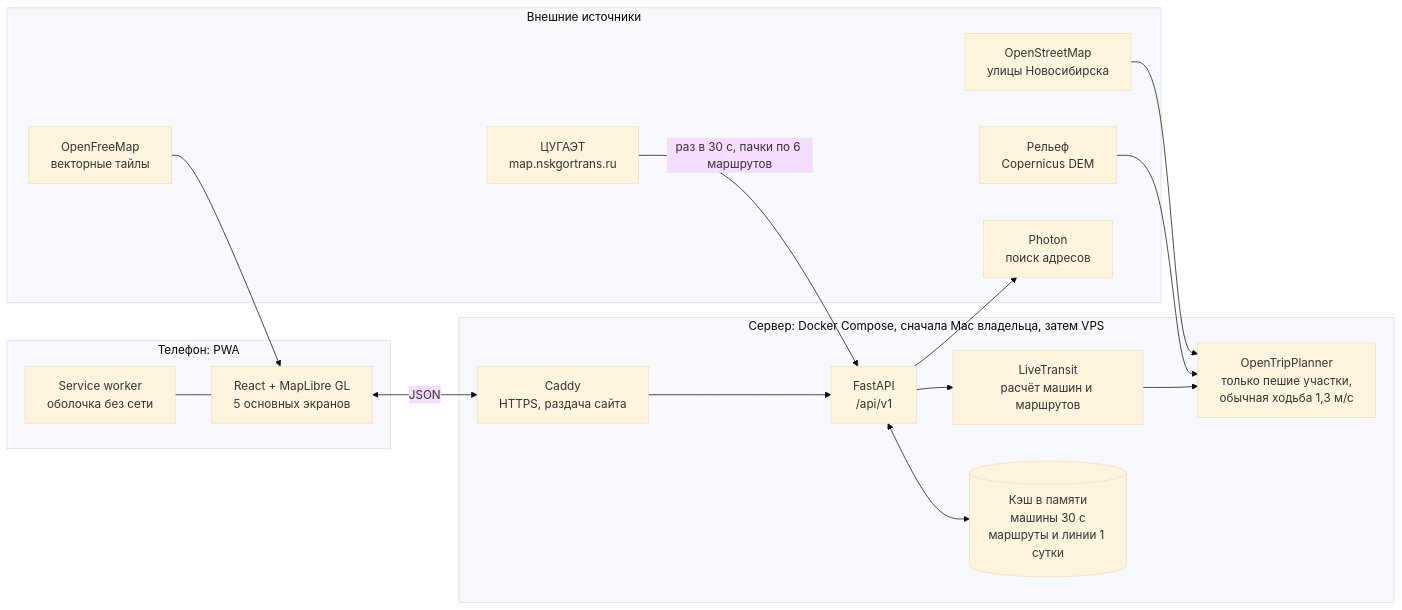
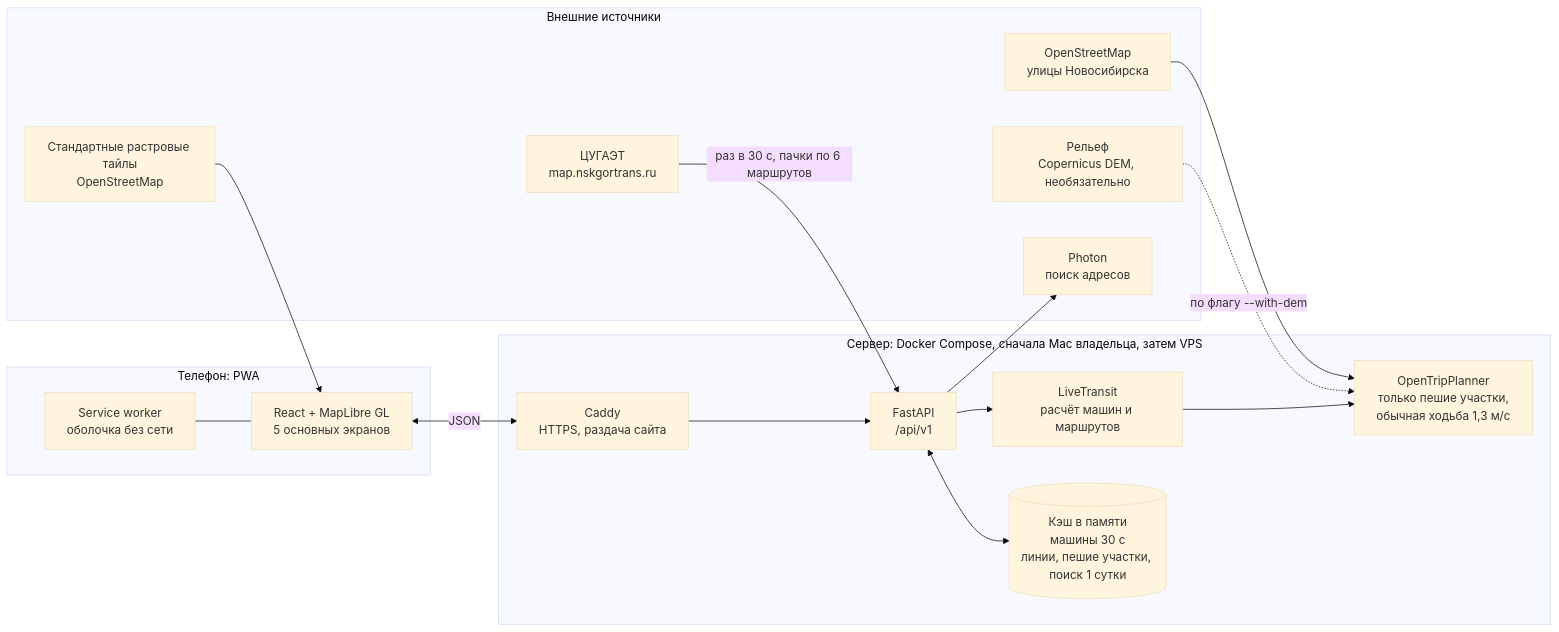
One commit to Hefl1X/GoPoint changed the diagram in docs/ARCHITECTURE.md. Above: the diagram before and after it, drawn with Mermaid (base theme). The commit also changed other lines of this file and 44 other files, not shown here.

First line of the commit message:
docs: сверить документацию с кодом и описать маршруты по расписанию в OTP

````diff
--- a/docs/ARCHITECTURE.md
+++ b/docs/ARCHITECTURE.md
@@ -30,35 +30,35 @@
 ```mermaid
 flowchart LR
   subgraph EXT[Внешние источники]
     TS[ЦУГАЭТ<br/>map.nskgortrans.ru]
     OSM[OpenStreetMap<br/>улицы Новосибирска]
-    DEM[Рельеф<br/>Copernicus DEM]
-    TILES[OpenFreeMap<br/>векторные тайлы]
+    DEM[Рельеф<br/>Copernicus DEM, необязательно]
+    TILES[Стандартные растровые тайлы<br/>OpenStreetMap]
     PH[Photon<br/>поиск адресов]
   end
 
   subgraph SRV[Сервер: Docker Compose, сначала Mac владельца, затем VPS]
     CADDY[Caddy<br/>HTTPS, раздача сайта]
     API[FastAPI<br/>/api/v1]
     LT[LiveTransit<br/>расчёт машин и маршрутов]
-    CACHE[(Кэш в памяти<br/>машины 30 с<br/>маршруты и линии 1 сутки)]
+    CACHE[(Кэш в памяти<br/>машины 30 с<br/>линии, пешие участки, поиск 1 сутки)]
     OTP[OpenTripPlanner<br/>только пешие участки,<br/>обычная ходьба 1,3 м/с]
   end
 
   subgraph WEB[Телефон: PWA]
     UI[React + MapLibre GL<br/>5 основных экранов]
     SW[Service worker<br/>оболочка без сети]
   end
 
   TS -->|раз в 30 с, пачки по 6 маршрутов| API
   OSM --> OTP
-  DEM --> OTP
+  DEM -.->|по флагу --with-dem| OTP
   API <--> CACHE
   API --> LT
   LT --> OTP
   API --> PH
   UI <-->|JSON| CADDY
   CADDY --> API
   TILES --> UI
   SW --- UI
 ```
````
